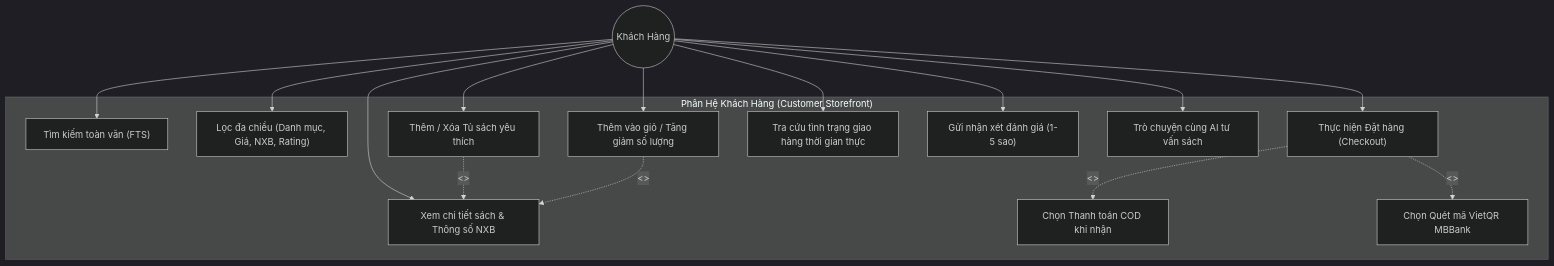
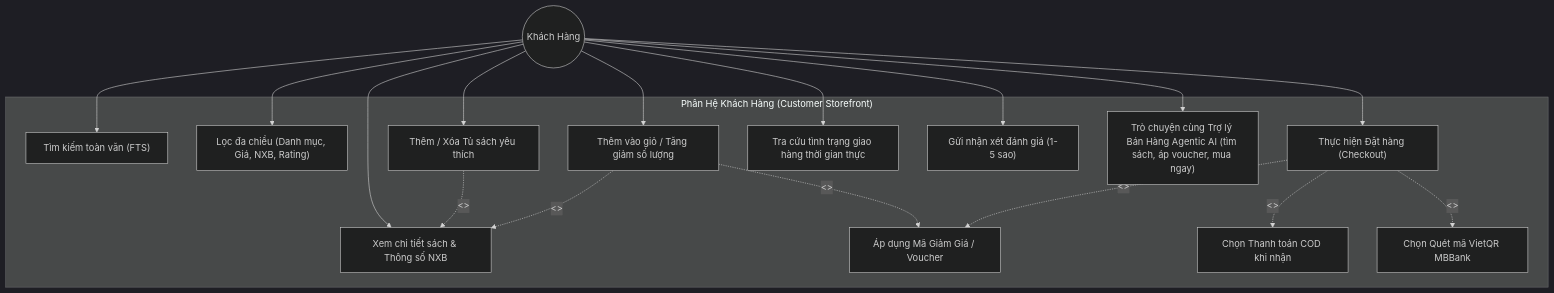
One commit to Hanh-Dang/DALN-CNTT-1-1-26-N02_To-Sach changed the tenth of 25 diagrams in Document_Project.md. Above: the diagram before and after it, drawn with Mermaid (dark theme). The commit also changed other lines of this file and 2 other files, not shown here.

````diff
--- a/Document_Project.md
+++ b/Document_Project.md
@@ -1019,33 +1209,36 @@
 ```mermaid
 graph TD
     ActorCustomer((Khách Hàng))
 
     subgraph CustomerSubsystem["Phân Hệ Khách Hàng (Customer Storefront)"]
         UC_Search["Tìm kiếm toàn văn (FTS)"]
         UC_Filter["Lọc đa chiều (Danh mục, Giá, NXB, Rating)"]
         UC_Detail["Xem chi tiết sách & Thông số NXB"]
         UC_Wishlist["Thêm / Xóa Tủ sách yêu thích"]
         UC_Cart["Thêm vào giỏ / Tăng giảm số lượng"]
+        UC_ApplyVoucher["Áp dụng Mã Giảm Giá / Voucher"]
         UC_Checkout["Thực hiện Đặt hàng (Checkout)"]
         UC_PayCOD["Chọn Thanh toán COD khi nhận"]
         UC_PayQR["Chọn Quét mã VietQR MBBank"]
         UC_Track["Tra cứu tình trạng giao hàng thời gian thực"]
         UC_Review["Gửi nhận xét đánh giá (1-5 sao)"]
-        UC_AskAI["Trò chuyện cùng AI tư vấn sách"]
+        UC_AskAI["Trò chuyện cùng Trợ lý Bán Hàng Agentic AI (tìm sách, áp voucher, mua ngay)"]
     end
 
     ActorCustomer --> UC_Search
     ActorCustomer --> UC_Filter
     ActorCustomer --> UC_Detail
     ActorCustomer --> UC_Wishlist
     ActorCustomer --> UC_Cart
     ActorCustomer --> UC_Checkout
     ActorCustomer --> UC_Track
     ActorCustomer --> UC_Review
     ActorCustomer --> UC_AskAI
 
+    UC_Cart -.->|<<extend>>| UC_ApplyVoucher
+    UC_Checkout -.->|<<extend>>| UC_ApplyVoucher
     UC_Checkout -.->|<<include>>| UC_PayCOD
     UC_Checkout -.->|<<include>>| UC_PayQR
     UC_Wishlist -.->|<<extend>>| UC_Detail
     UC_Cart -.->|<<extend>>| UC_Detail
 ```
````
